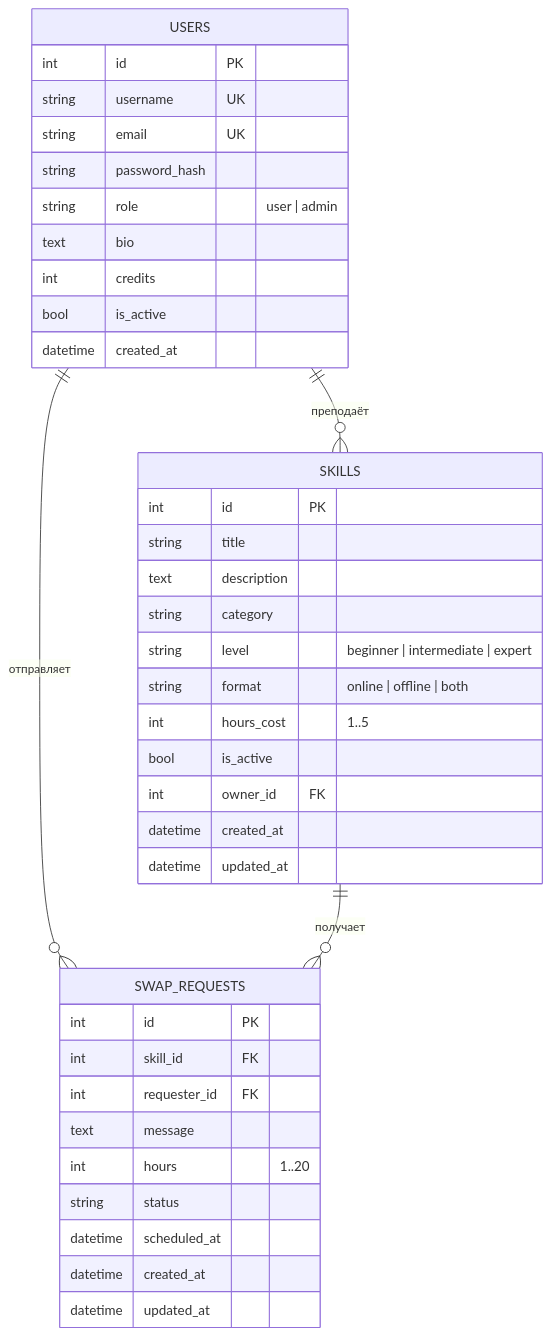
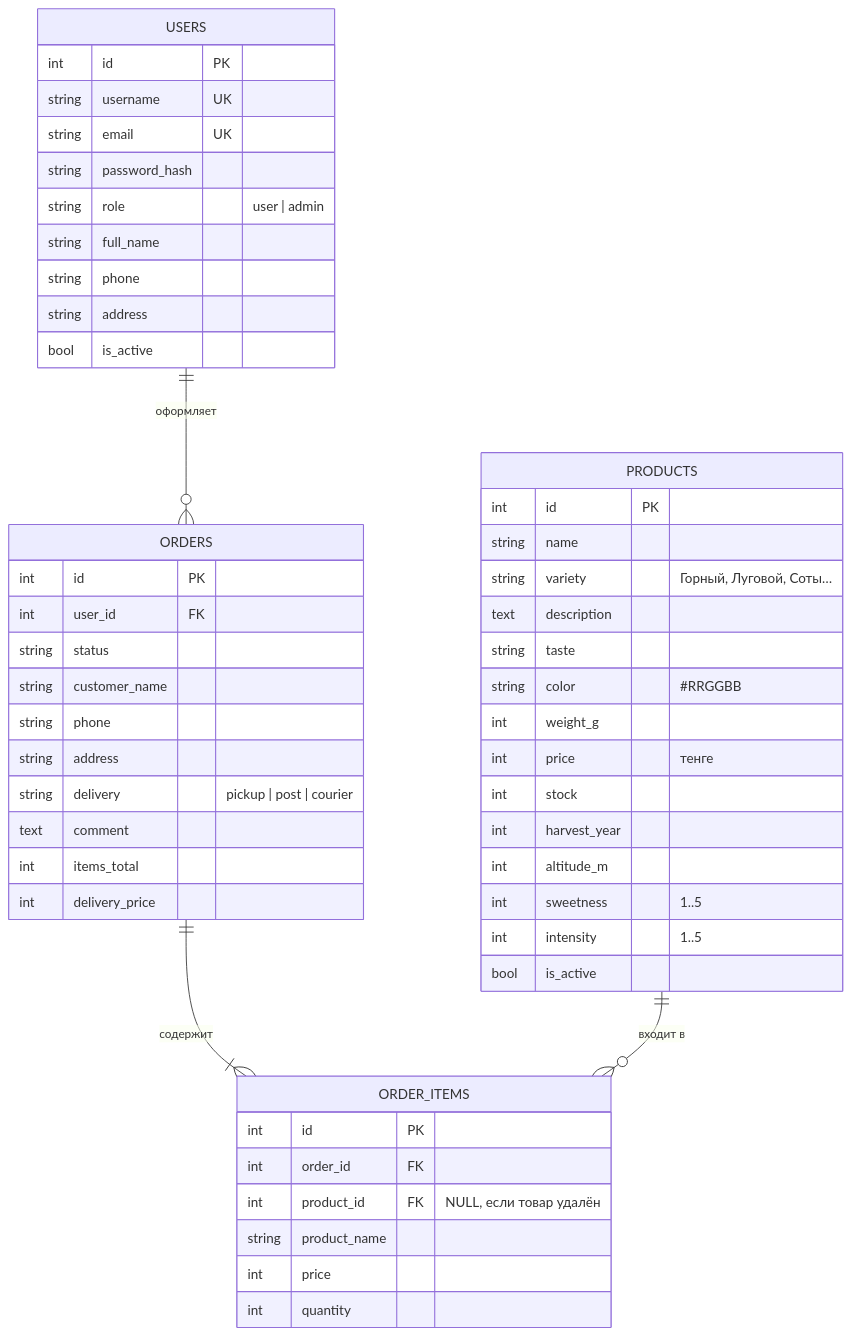
The first of 3 diagrams in docs/PROJECT.md (rustamizmajlov/lepsinsk-honey), drawn with Mermaid before and after one commit. The commit also changed other lines of this file and 22 other files, not shown here.

````diff
--- a/docs/PROJECT.md
+++ b/docs/PROJECT.md
@@ -87,42 +67,54 @@
 ```mermaid
 erDiagram
-    USERS ||--o{ SKILLS : "преподаёт"
-    USERS ||--o{ SWAP_REQUESTS : "отправляет"
-    SKILLS ||--o{ SWAP_REQUESTS : "получает"
+    USERS ||--o{ ORDERS : "оформляет"
+    ORDERS ||--|{ ORDER_ITEMS : "содержит"
+    PRODUCTS ||--o{ ORDER_ITEMS : "входит в"
 
     USERS {
         int id PK
         string username UK
         string email UK
         string password_hash
         string role "user | admin"
-        text bio
-        int credits
+        string full_name
+        string phone
+        string address
         bool is_active
-        datetime created_at
     }
-    SKILLS {
+    PRODUCTS {
         int id PK
-        string title
+        string name
+        string variety "Горный, Луговой, Соты…"
         text description
-        string category
-        string level "beginner | intermediate | expert"
-        string format "online | offline | both"
-        int hours_cost "1..5"
+        string taste
+        string color "#RRGGBB"
+        int weight_g
+        int price "тенге"
+        int stock
+        int harvest_year
+        int altitude_m
+        int sweetness "1..5"
+        int intensity "1..5"
         bool is_active
-        int owner_id FK
-        datetime created_at
-        datetime updated_at
     }
-    SWAP_REQUESTS {
+    ORDERS {
         int id PK
-        int skill_id FK
-        int requester_id FK
-        text message
-        int hours "1..20"
+        int user_id FK
         string status
-        datetime scheduled_at
-        datetime created_at
-        datetime updated_at
+        string customer_name
+        string phone
+        string address
+        string delivery "pickup | post | courier"
+        text comment
+        int items_total
+        int delivery_price
+    }
+    ORDER_ITEMS {
+        int id PK
+        int order_id FK
+        int product_id FK "NULL, если товар удалён"
+        string product_name
+        int price
+        int quantity
     }
 ```
````
